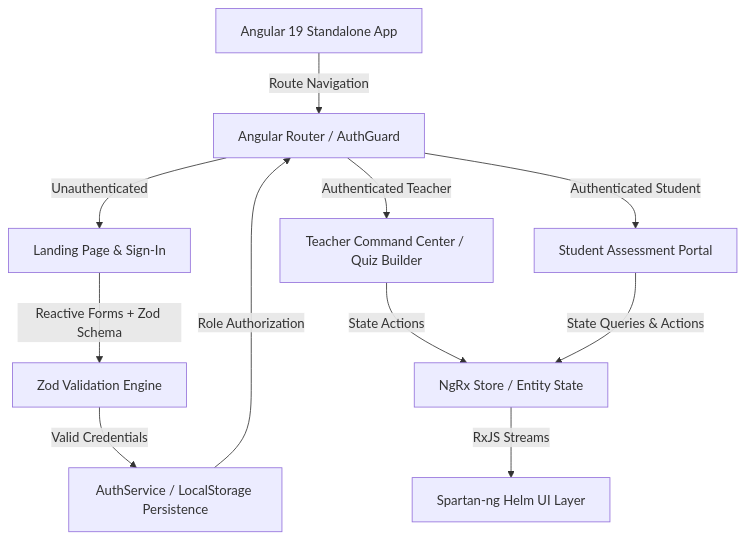
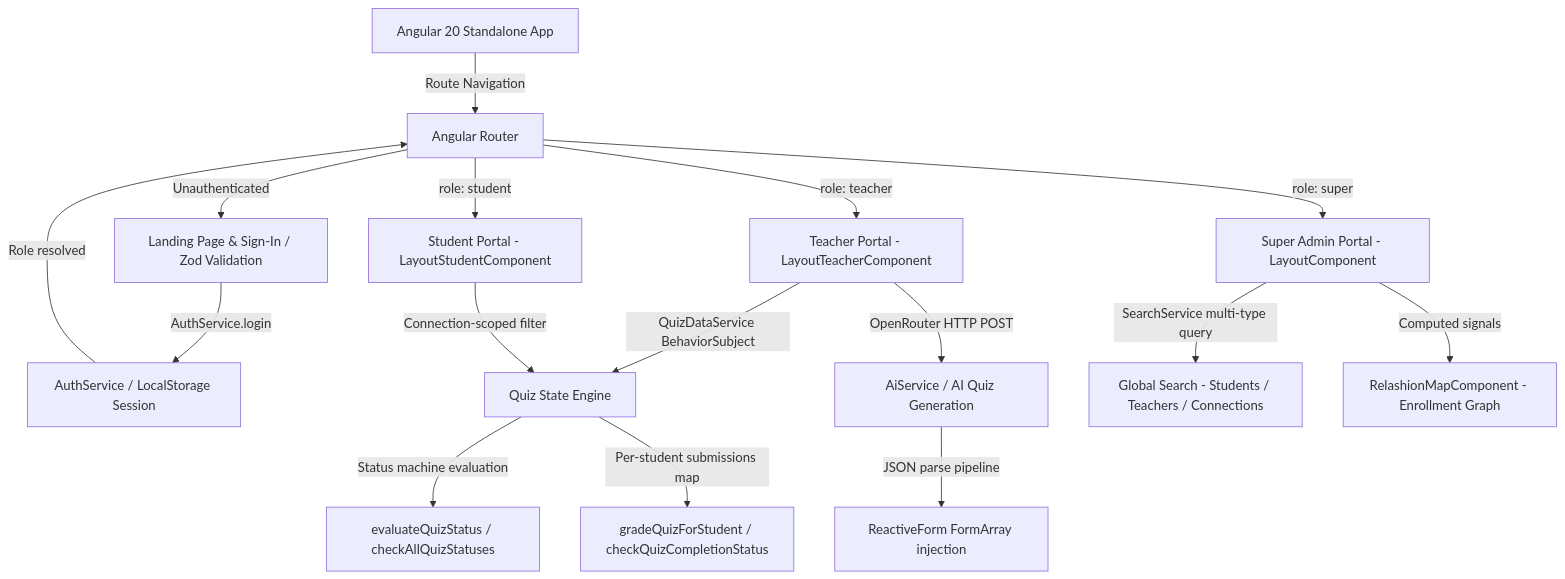
Before and after one commit to anasabdelhakim/Quiz_Mastro: the diagram in README.md, drawn with Mermaid. The commit also changed other lines of this file, not shown here.

````diff
--- a/README.md
+++ b/README.md
@@ -116,15 +161,22 @@
 ```mermaid
 graph TD
-    Client[Angular 19 Standalone App] -->|Route Navigation| Router[Angular Router / AuthGuard]
-    Router -->|Unauthenticated| Public[Landing Page & Sign-In]
-    Router -->|Authenticated Teacher| TeacherView[Teacher Command Center / Quiz Builder]
-    Router -->|Authenticated Student| StudentView[Student Assessment Portal]
-    
-    Public -->|Reactive Forms + Zod Schema| Validation[Zod Validation Engine]
-    Validation -->|Valid Credentials| Auth[AuthService / LocalStorage Persistence]
-    Auth -->|Role Authorization| Router
-    
-    TeacherView -->|State Actions| Store[NgRx Store / Entity State]
-    StudentView -->|State Queries & Actions| Store
-    Store -->|RxJS Streams| UI[Spartan-ng Helm UI Layer]
+    Client[Angular 20 Standalone App] -->|Route Navigation| Router[Angular Router]
+    Router -->|Unauthenticated| Public[Landing Page & Sign-In / Zod Validation]
+    Router -->|role: super| AdminView[Super Admin Portal - LayoutComponent]
+    Router -->|role: teacher| TeacherView[Teacher Portal - LayoutTeacherComponent]
+    Router -->|role: student| StudentView[Student Portal - LayoutStudentComponent]
+
+    Public -->|AuthService.login| Auth[AuthService / LocalStorage Session]
+    Auth -->|Role resolved| Router
+
+    TeacherView -->|QuizDataService BehaviorSubject| QuizState[Quiz State Engine]
+    StudentView -->|Connection-scoped filter| QuizState
+    QuizState -->|Status machine evaluation| StatusEngine[evaluateQuizStatus / checkAllQuizStatuses]
+    QuizState -->|Per-student submissions map| GradingEngine[gradeQuizForStudent / checkQuizCompletionStatus]
+
+    TeacherView -->|OpenRouter HTTP POST| AIService[AiService / AI Quiz Generation]
+    AIService -->|JSON parse pipeline| QuizFormArray[ReactiveForm FormArray injection]
+
+    AdminView -->|SearchService multi-type query| SearchEngine[Global Search - Students / Teachers / Connections]
+    AdminView -->|Computed signals| RelationMap[RelashionMapComponent - Enrollment Graph]
 ```
````
